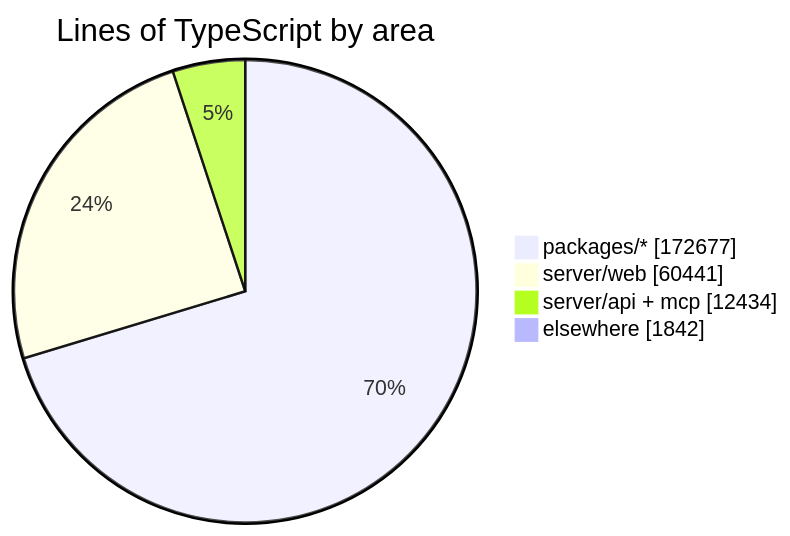
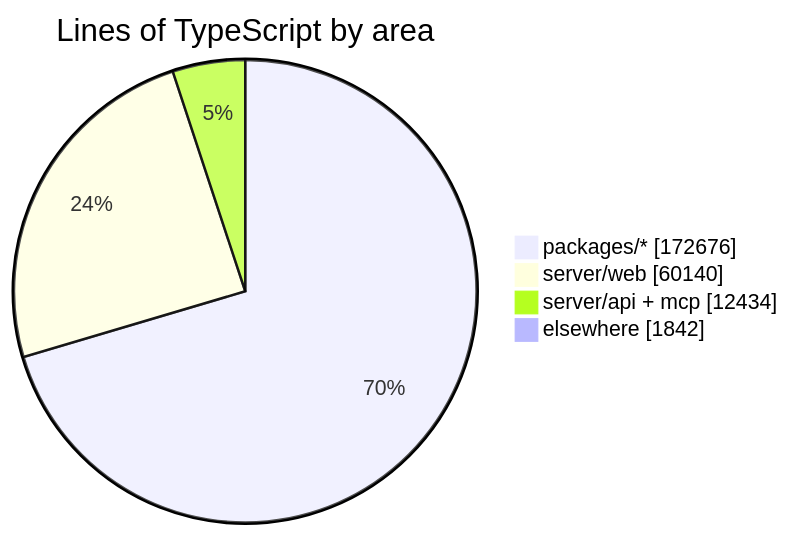
One commit to crossworks-engineering/mantle changed the diagram in README.md. Above: the diagram before and after it, drawn with Mermaid. The commit also changed other lines of this file and 2 other files, not shown here.

````diff
--- a/README.md
+++ b/README.md
@@ -279,7 +279,7 @@
 ```mermaid
 pie showData title Lines of TypeScript by area
-    "packages/*" : 172677
-    "server/web" : 60441
+    "packages/*" : 172676
+    "server/web" : 60140
     "server/api + mcp" : 12434
     "elsewhere" : 1842
 ```
````
